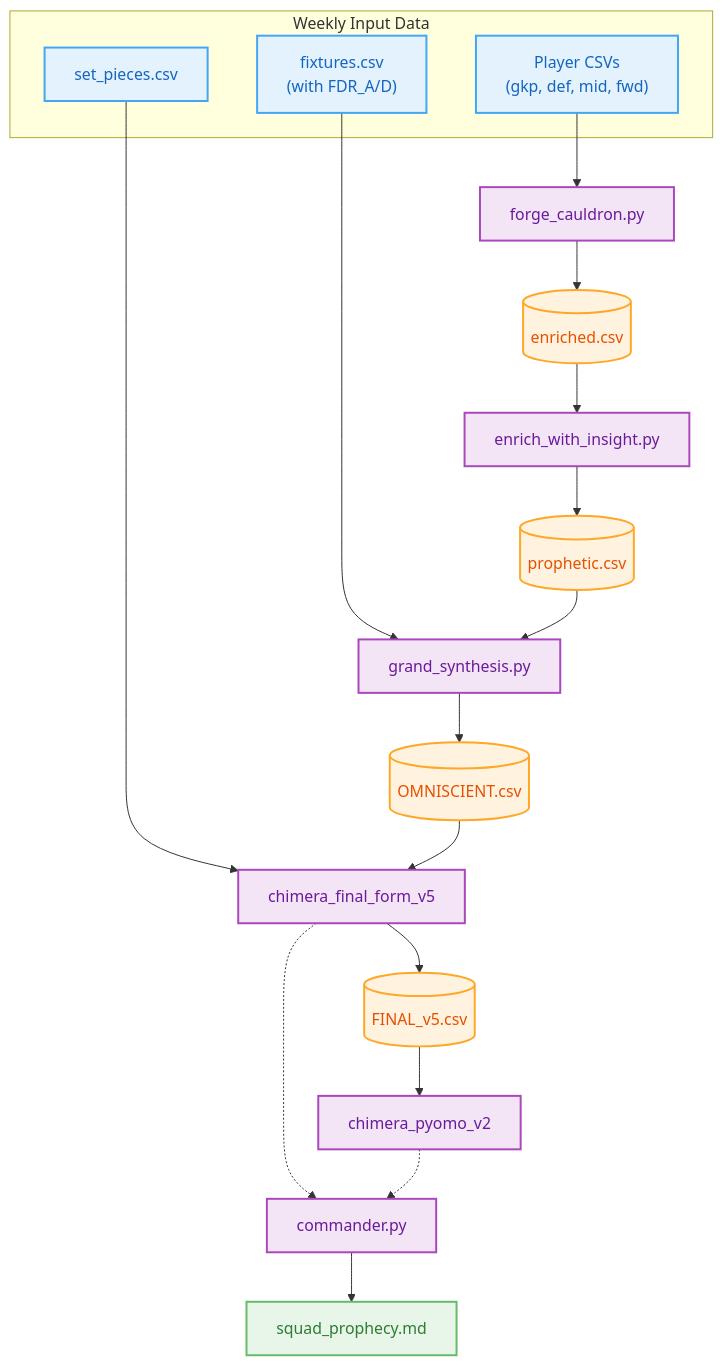
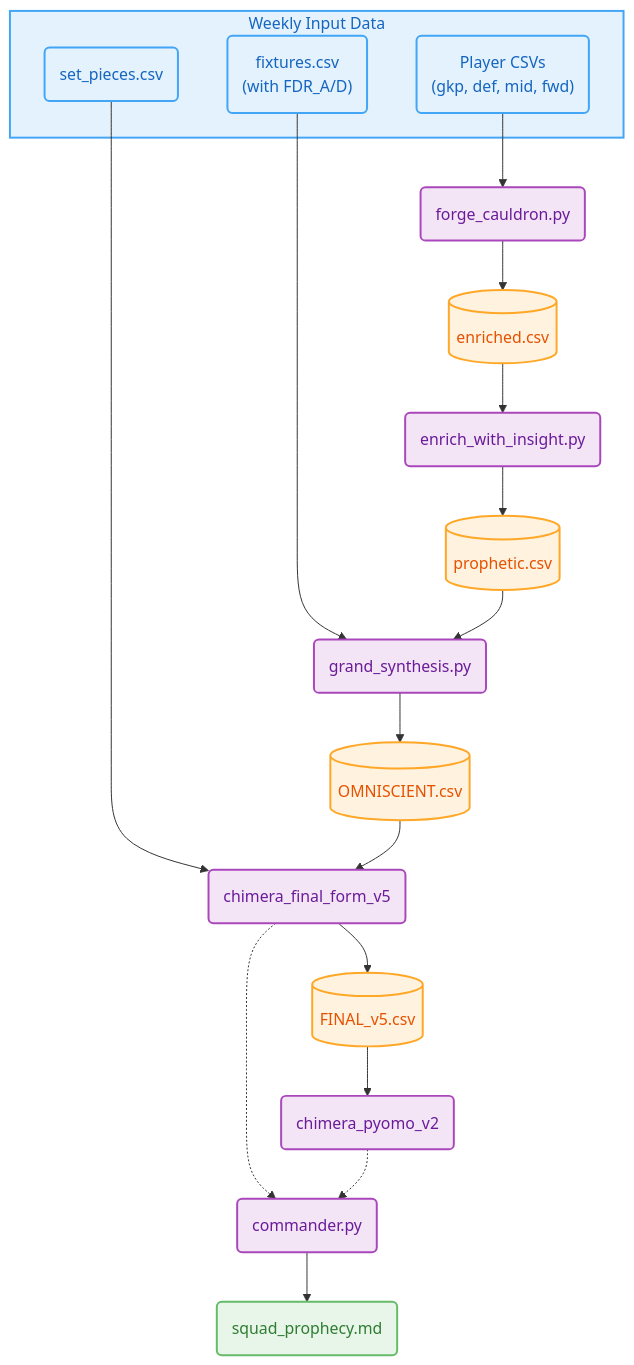
One commit to ianchanning/fpl-dominator changed the diagram in README.md. Above: the diagram before and after it, drawn with Mermaid.

Commit message:
docs: Enhance Mermaid diagram styling in README

````diff
--- a/README.md
+++ b/README.md
@@ -106,54 +106,56 @@
 ```mermaid
 graph TD
     subgraph inputs["Weekly Input Data"]
-        A1["Player CSVs<br>(gkp, def, mid, fwd)"]
-        A2["fixtures.csv<br>(with FDR_A/D)"]
-        A3["set_pieces.csv"]
+        A1("Player CSVs<br>(gkp, def, mid, fwd)")
+        A2("fixtures.csv<br>(with FDR_A/D)")
+        A3("set_pieces.csv")
     end
 
-    B1["forge_cauldron.py"]
+    B1("forge_cauldron.py")
     C1[("enriched.csv")]
 
-    B2["enrich_with_insight.py"]
+    B2("enrich_with_insight.py")
     C2[("prophetic.csv")]
 
-    B3["grand_synthesis.py"]
+    B3("grand_synthesis.py")
     C3[("OMNISCIENT.csv")]
 
-    B4["chimera_final_form_v5"]
+    B4("chimera_final_form_v5")
     C4[("FINAL_v5.csv")]
 
-    B5["chimera_pyomo_v2"]
+    B5("chimera_pyomo_v2")
 
-    E1["commander.py"]
-    F1["squad_prophecy.md"]
+    E1("commander.py")
+    F1("squad_prophecy.md")
 
     A1 --> B1
     B1 --> C1
     C1 --> B2
     B2 --> C2
 
     A2 --> B3
     C2 --> B3
     B3 --> C3
 
     A3 --> B4
     C3 --> B4
     B4 --> C4
     B4 -.-> E1
 
     C4 --> B5
     B5 -.-> E1
 
     E1 --> F1
 
     classDef inputStyle fill:#e3f2fd,stroke:#42a5f5,stroke-width:2px,color:#1565c0
     classDef processStyle fill:#f3e5f5,stroke:#ab47bc,stroke-width:2px,color:#6a1b9a
     classDef dataStyle fill:#fff3e0,stroke:#ffa726,stroke-width:2px,color:#e65100
     classDef outputStyle fill:#e8f5e9,stroke:#66bb6a,stroke-width:2px,color:#2e7d32
 
     class A1,A2,A3 inputStyle
     class B1,B2,B3,B4,B5,E1 processStyle
     class C1,C2,C3,C4 dataStyle
     class F1 outputStyle
+
+    style inputs fill:#e3f2fd,stroke:#42a5f5,stroke-width:2px,color:#1565c0
 ```
````
